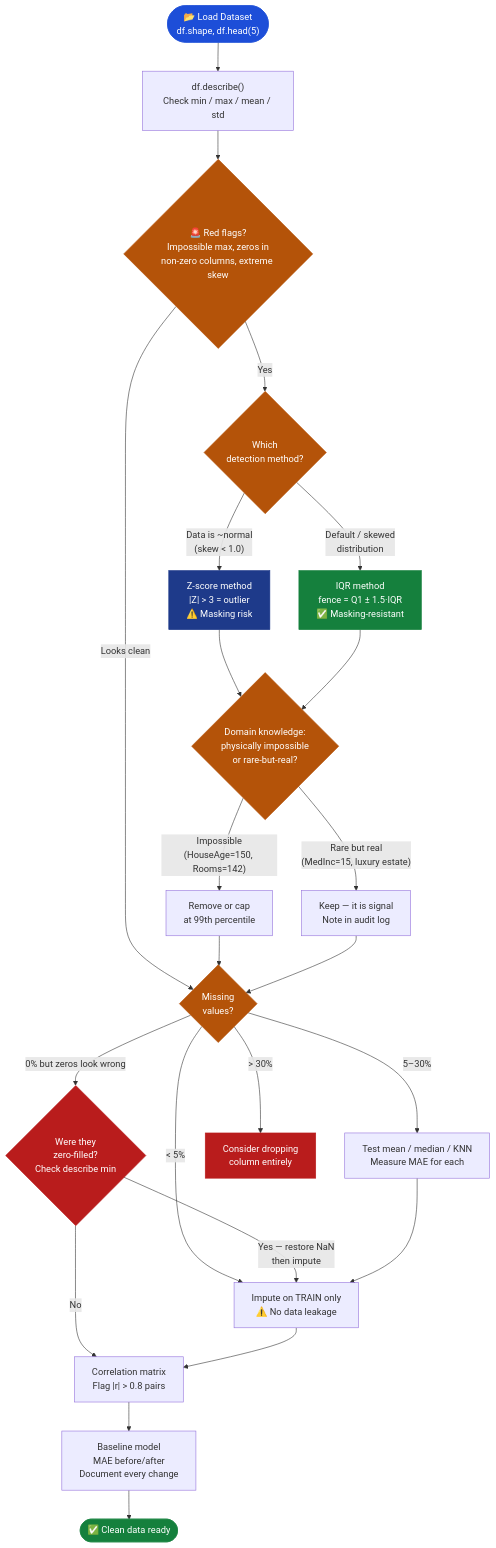
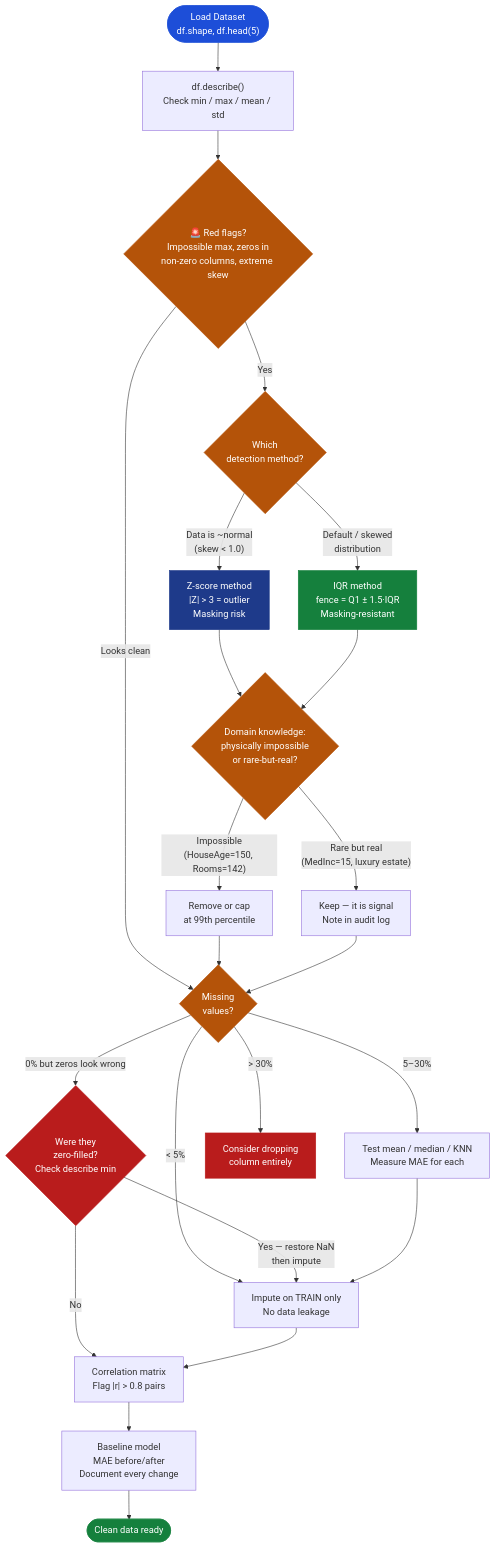
The first of 2 diagrams in notes/01-ml/01-regression/ch00a-data-prep/README.md (dsgouda7/ai-portfolio), drawn with Mermaid before and after one commit. The commit also changed other lines of this file and 179 other files, not shown here.

````diff
--- a/notes/01-ml/01-regression/ch00a-data-prep/README.md
+++ b/notes/01-ml/01-regression/ch00a-data-prep/README.md
@@ -661,46 +660,46 @@
 ```mermaid
 flowchart TD
-    LOAD(["📂 Load Dataset\ndf.shape, df.head(5)"]) --> DESCRIBE
-    DESCRIBE["df.describe()\nCheck min / max / mean / std"] --> REDFLAGS{"🚨 Red flags?\nImpossible max, zeros in\nnon-zero columns, extreme skew"}
+ LOAD([" Load Dataset\ndf.shape, df.head(5)"]) --> DESCRIBE
+ DESCRIBE["df.describe()\nCheck min / max / mean / std"] --> REDFLAGS{"🚨 Red flags?\nImpossible max, zeros in\nnon-zero columns, extreme skew"}
 
-    REDFLAGS -->|"Yes"| OUTLIER_METHOD{"Which\ndetection method?"}
-    REDFLAGS -->|"Looks clean"| MISSING
+ REDFLAGS -->|"Yes"| OUTLIER_METHOD{"Which\ndetection method?"}
+ REDFLAGS -->|"Looks clean"| MISSING
 
-    OUTLIER_METHOD -->|"Data is ~normal\n(skew < 1.0)"| ZSCORE["Z-score method\n|Z| > 3 = outlier\n⚠️ Masking risk"]
-    OUTLIER_METHOD -->|"Default / skewed\ndistribution"| IQR["IQR method\nfence = Q1 ± 1.5·IQR\n✅ Masking-resistant"]
+ OUTLIER_METHOD -->|"Data is ~normal\n(skew < 1.0)"| ZSCORE["Z-score method\n|Z| > 3 = outlier\n Masking risk"]
+ OUTLIER_METHOD -->|"Default / skewed\ndistribution"| IQR["IQR method\nfence = Q1 ± 1.5·IQR\n Masking-resistant"]
 
-    ZSCORE --> DOMAIN
-    IQR --> DOMAIN{"Domain knowledge:\nphysically impossible\nor rare-but-real?"}
+ ZSCORE --> DOMAIN
+ IQR --> DOMAIN{"Domain knowledge:\nphysically impossible\nor rare-but-real?"}
 
-    DOMAIN -->|"Impossible\n(HouseAge=150, Rooms=142)"| REMOVE["Remove or cap\nat 99th percentile"]
-    DOMAIN -->|"Rare but real\n(MedInc=15, luxury estate)"| KEEP["Keep — it is signal\nNote in audit log"]
+ DOMAIN -->|"Impossible\n(HouseAge=150, Rooms=142)"| REMOVE["Remove or cap\nat 99th percentile"]
+ DOMAIN -->|"Rare but real\n(MedInc=15, luxury estate)"| KEEP["Keep — it is signal\nNote in audit log"]
 
-    REMOVE --> MISSING
-    KEEP --> MISSING
+ REMOVE --> MISSING
+ KEEP --> MISSING
 
-    MISSING{"Missing\nvalues?"}
-    MISSING -->|"0% but zeros look wrong"| ZEROFILL{"Were they\nzero-filled?\nCheck describe min"}
-    MISSING -->|"< 5%"| IMPUTE
-    MISSING -->|"5–30%"| TEST["Test mean / median / KNN\nMeasure MAE for each"]
-    MISSING -->|"> 30%"| DROP["Consider dropping\ncolumn entirely"]
+ MISSING{"Missing\nvalues?"}
+ MISSING -->|"0% but zeros look wrong"| ZEROFILL{"Were they\nzero-filled?\nCheck describe min"}
+ MISSING -->|"< 5%"| IMPUTE
+ MISSING -->|"5–30%"| TEST["Test mean / median / KNN\nMeasure MAE for each"]
+ MISSING -->|"> 30%"| DROP["Consider dropping\ncolumn entirely"]
 
-    ZEROFILL -->|"Yes — restore NaN\nthen impute"| IMPUTE
-    ZEROFILL -->|"No"| CORR
+ ZEROFILL -->|"Yes — restore NaN\nthen impute"| IMPUTE
+ ZEROFILL -->|"No"| CORR
 
-    TEST --> IMPUTE["Impute on TRAIN only\n⚠️ No data leakage"]
-    IMPUTE --> CORR
+ TEST --> IMPUTE["Impute on TRAIN only\n No data leakage"]
+ IMPUTE --> CORR
 
-    CORR["Correlation matrix\nFlag |r| > 0.8 pairs"] --> BASELINE
-    BASELINE["Baseline model\nMAE before/after\nDocument every change"] --> DONE(["✅ Clean data ready"])
+ CORR["Correlation matrix\nFlag |r| > 0.8 pairs"] --> BASELINE
+ BASELINE["Baseline model\nMAE before/after\nDocument every change"] --> DONE([" Clean data ready"])
 
-    style LOAD fill:#1d4ed8,color:#fff,stroke:#1d4ed8
-    style DONE fill:#15803d,color:#fff,stroke:#15803d
-    style REDFLAGS fill:#b45309,color:#fff,stroke:#b45309
-    style OUTLIER_METHOD fill:#b45309,color:#fff,stroke:#b45309
-    style DOMAIN fill:#b45309,color:#fff,stroke:#b45309
-    style MISSING fill:#b45309,color:#fff,stroke:#b45309
-    style ZEROFILL fill:#b91c1c,color:#fff,stroke:#b91c1c
-    style DROP fill:#b91c1c,color:#fff,stroke:#b91c1c
-    style ZSCORE fill:#1e3a8a,color:#fff,stroke:#1e3a8a
-    style IQR fill:#15803d,color:#fff,stroke:#15803d
+ style LOAD fill:#1d4ed8,color:#fff,stroke:#1d4ed8
+ style DONE fill:#15803d,color:#fff,stroke:#15803d
+ style REDFLAGS fill:#b45309,color:#fff,stroke:#b45309
+ style OUTLIER_METHOD fill:#b45309,color:#fff,stroke:#b45309
+ style DOMAIN fill:#b45309,color:#fff,stroke:#b45309
+ style MISSING fill:#b45309,color:#fff,stroke:#b45309
+ style ZEROFILL fill:#b91c1c,color:#fff,stroke:#b91c1c
+ style DROP fill:#b91c1c,color:#fff,stroke:#b91c1c
+ style ZSCORE fill:#1e3a8a,color:#fff,stroke:#1e3a8a
+ style IQR fill:#15803d,color:#fff,stroke:#15803d
 ```
````
